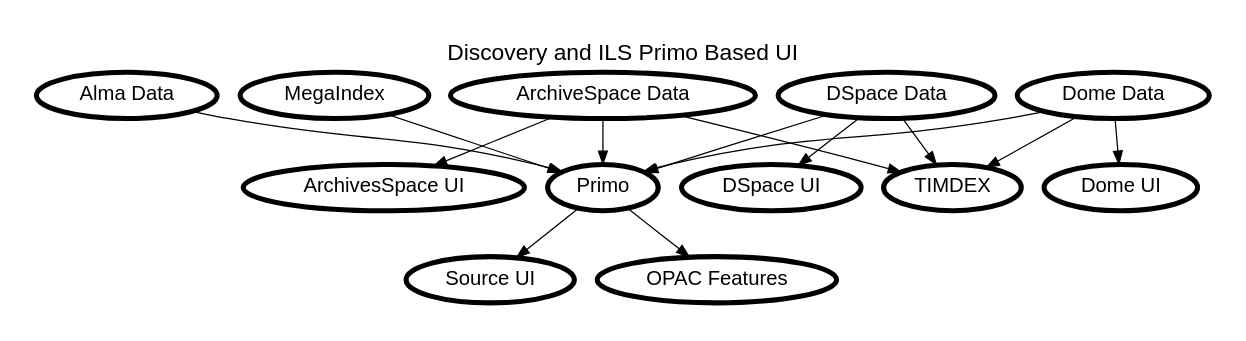
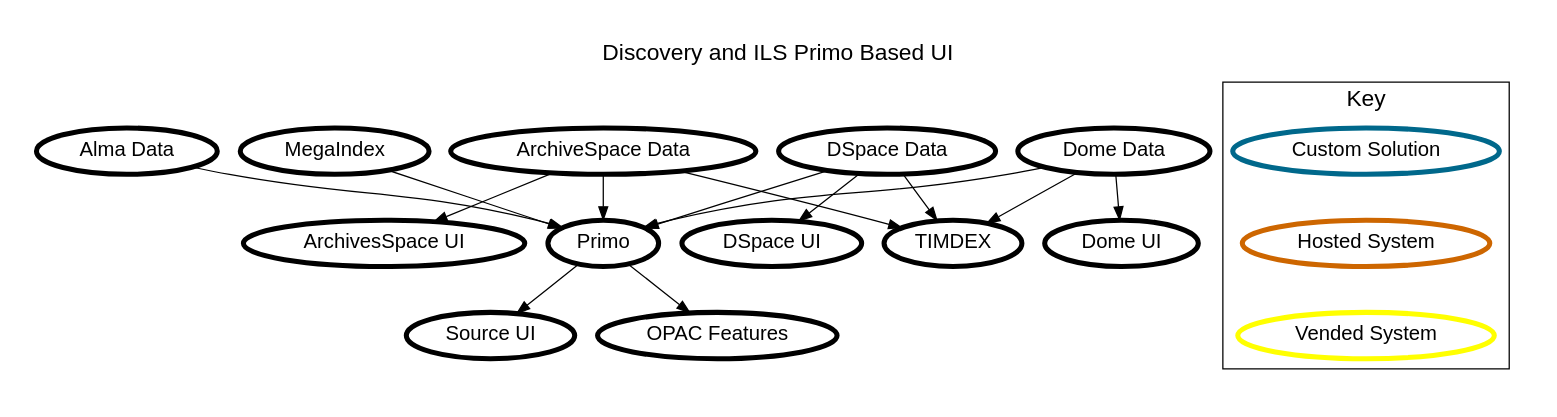
The diagram in talks/disco_overview/dots/primo_all.dot (JPrevost/jprevost.github.io), drawn with Graphviz before and after one commit. The commit also changed 6 other files, not shown here.

Commit message:
update charts

```diff
--- a/talks/disco_overview/dots/primo_all.dot
+++ b/talks/disco_overview/dots/primo_all.dot
@@ -1,41 +1,44 @@
 // dot timdex_central.dot -Tpng > timdex_central.png
 // requires installation of GraphViz (brew install graphviz, or
 // http://www.graphviz.org/Download..php if that doesn't work)
 
 digraph G {
   label="Discovery and ILS Primo Based UI";
   labelloc=t;
   fontname=helvetica;
   fontsize=18;
   node [style=filled, fontname=helvetica, fillcolor=white, penwidth=4, fontsize=16];
   pad=0.3;
 
   "Alma Data" -> Primo
   
   "ArchiveSpace Data" -> "ArchivesSpace UI"
   "ArchiveSpace Data" -> Primo
 
   "DSpace Data" -> "DSpace UI"
   "DSpace Data" -> Primo
 
   "Dome Data" -> "Dome UI"
   "Dome Data" -> Primo
 
   "ArchiveSpace Data" -> TIMDEX
   "DSpace Data" -> TIMDEX
   "Dome Data" -> TIMDEX
-  // TIMDEX -> "DDC Discovery UI?"
-  // TIMDEX -> Bento
 
   "MegaIndex" -> Primo
 
-  // "Primo" -> Bento
   Primo -> "Source UI"
+  Primo -> "OPAC Features"
 
-  Primo -> "OPAC Features"
-  // "OPAC Features" -> "View checked out items"[color=SteelBlue1]
-  // "OPAC Features" -> "Renew items"[color=SteelBlue1]
-  // "OPAC Features" -> "Pay fines"[color=SteelBlue1]
 
-  // "Bento" -> "Source UI"
+
+  subgraph clusterLegend {
+    label="Key";
+    {
+     k4[label="Vended System", color=Yellow1];
+     k2[label="Hosted System", color=darkorange3];
+     k1[label="Custom Solution", color=DeepSkyBlue4]
+     k1 -> k2 -> k4 [style=invis]
+     }
+  }
 }
```
